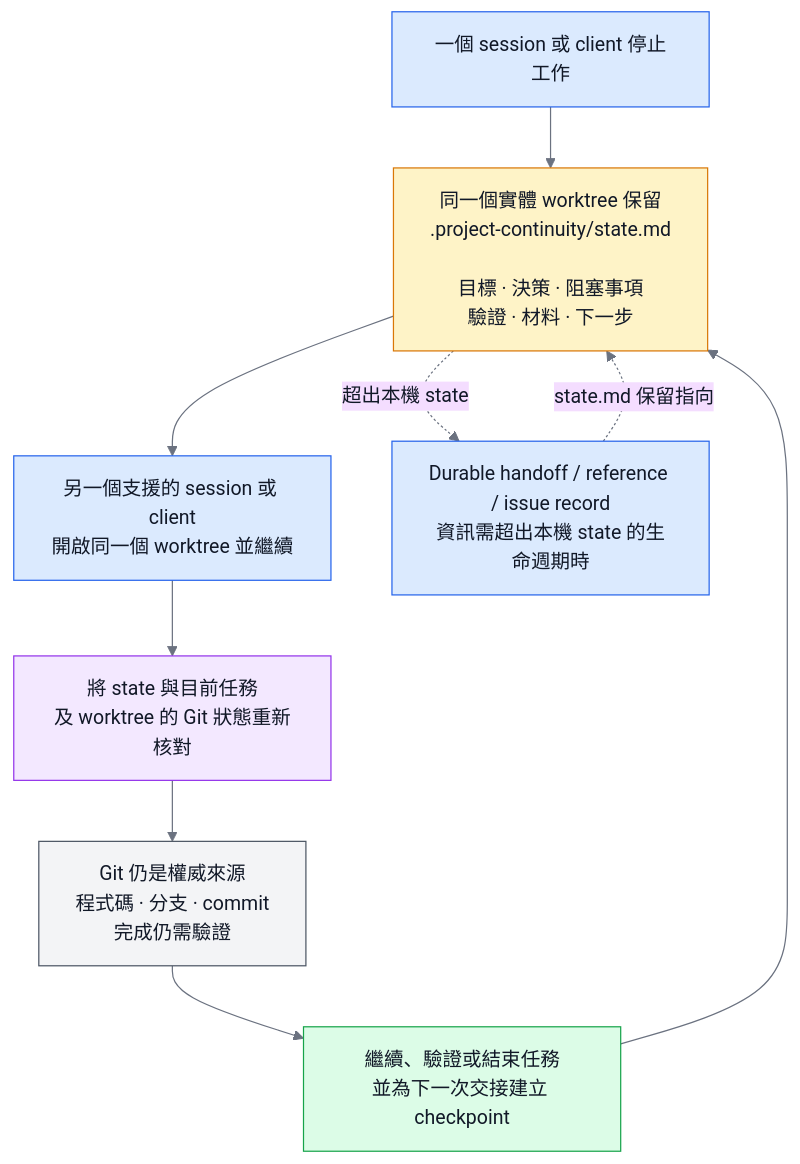
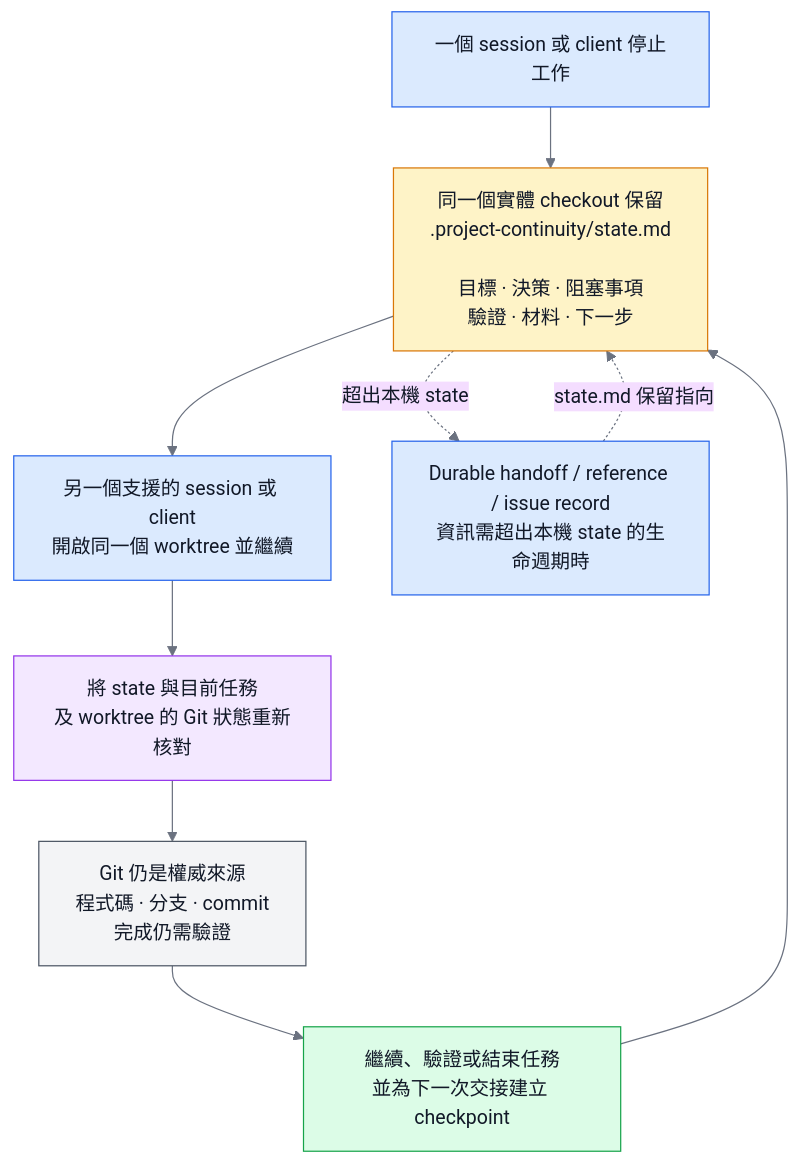
One commit to sherrilla71940/personal-agentic-dev-environment changed the third of 4 diagrams in README.zh-TW.md. Above: the diagram before and after it, drawn with Mermaid. The commit also changed other lines of this file and 15 other files, not shown here.

````diff
--- a/README.zh-TW.md
+++ b/README.zh-TW.md
@@ -185,28 +198,28 @@
 ```mermaid
 %%{init: {"theme": "base", "themeVariables": {"primaryTextColor": "#111827", "nodeTextColor": "#111827", "textColor": "#111827", "lineColor": "#6b7280"}, "flowchart": {"useMaxWidth": true}}}%%
 flowchart TD
     stop["一個 session 或 client 停止工作"]:::handoff
-    persist["同一個實體 worktree 保留<br/>.project-continuity/state.md<br/><br/>目標 · 決策 · 阻塞事項<br/>驗證 · 材料 · 下一步"]:::state
+    persist["同一個實體 checkout 保留<br/>.project-continuity/state.md<br/><br/>目標 · 決策 · 阻塞事項<br/>驗證 · 材料 · 下一步"]:::state
     resume["另一個支援的 session 或 client<br/>開啟同一個 worktree 並繼續"]:::handoff
     reconcile["將 state 與目前任務<br/>及 worktree 的 Git 狀態重新核對"]:::check
     git["Git 仍是權威來源<br/>程式碼 · 分支 · commit<br/>完成仍需驗證"]:::authority
     continue["繼續、驗證或結束任務<br/>並為下一次交接建立 checkpoint"]:::work
     durable["Durable handoff / reference / issue record<br/>資訊需超出本機 state 的生命週期時"]:::handoff
 
     stop --> persist --> resume --> reconcile --> git --> continue --> persist
     persist -. "超出本機 state" .-> durable
     durable -. "state.md 保留指向" .-> persist
 
     classDef handoff fill:#dbeafe,stroke:#2563eb,color:#111827
     classDef state fill:#fef3c7,stroke:#d97706,color:#111827
     classDef check fill:#f3e8ff,stroke:#9333ea,color:#111827
     classDef authority fill:#f3f4f6,stroke:#4b5563,color:#111827
     classDef work fill:#dcfce7,stroke:#16a34a,color:#111827
     style stop color:#111827
     style persist color:#111827
     style resume color:#111827
     style reconcile color:#111827
     style git color:#111827
     style continue color:#111827
     style durable color:#111827
 ```
````
